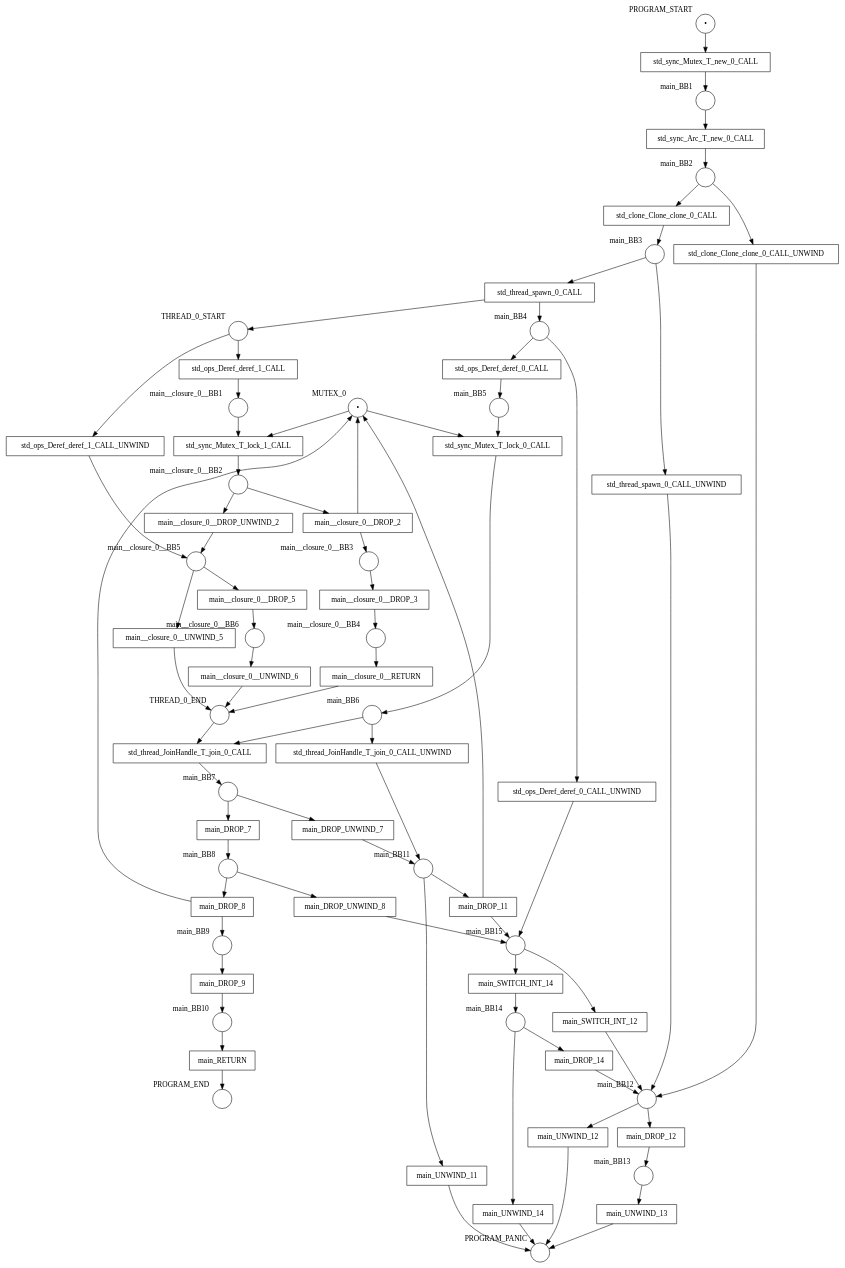
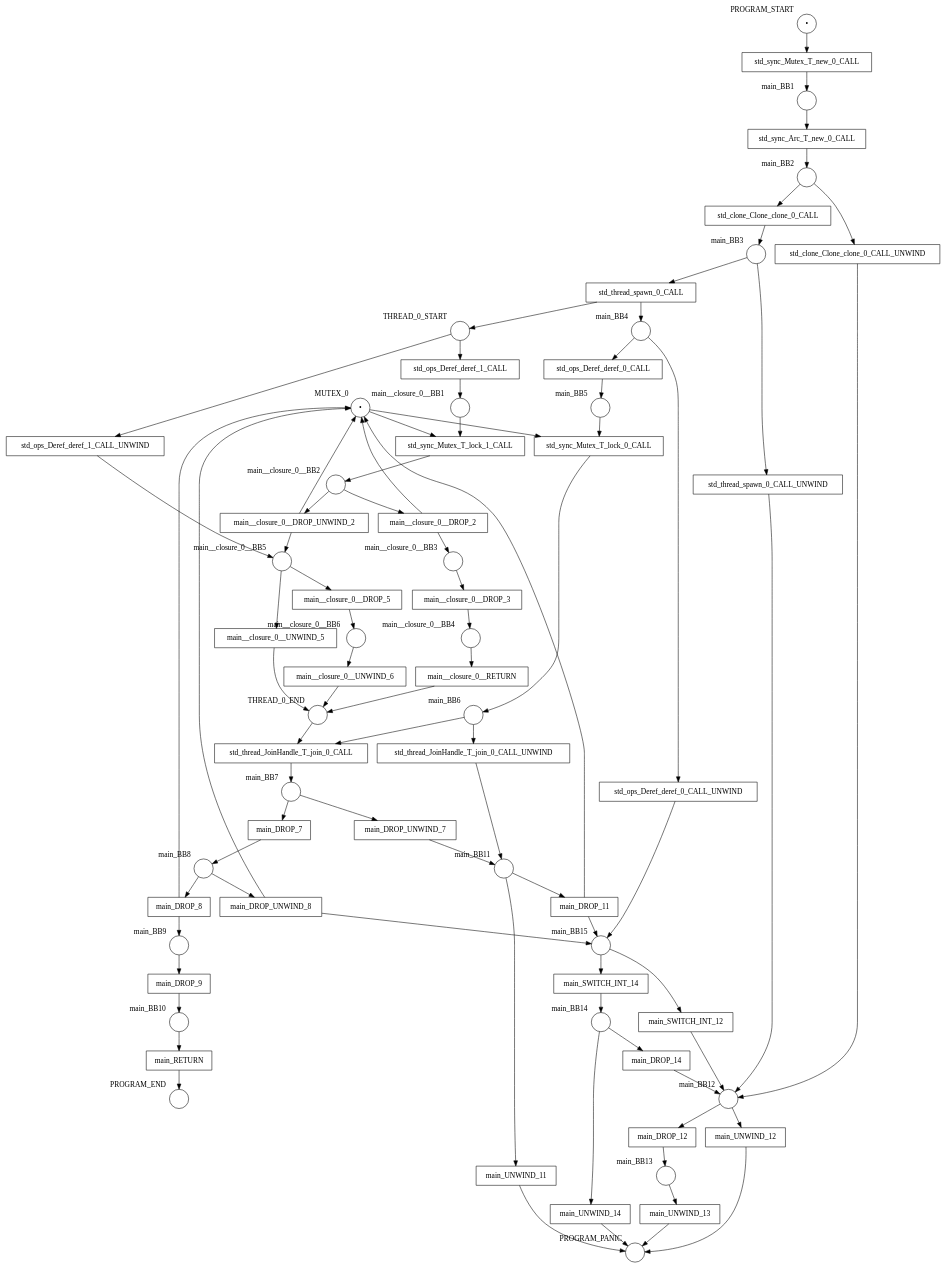
One commit to hlisdero/cargo-check-deadlock changed the diagram in examples/results/mutex/two_threads_sharing_mutex/net.dot. Above: the diagram before and after it, drawn with Graphviz. The commit also changed 28 other files, not shown here.

First line of the commit message:
Handle the lock guard in the unwind transition of a drop terminator.

```diff
--- a/examples/results/mutex/two_threads_sharing_mutex/net.dot
+++ b/examples/results/mutex/two_threads_sharing_mutex/net.dot
@@ -1,144 +1,146 @@
 digraph petrinet {
     MUTEX_0 [shape="circle" xlabel="MUTEX_0" label="•"];
     PROGRAM_END [shape="circle" xlabel="PROGRAM_END" label=""];
     PROGRAM_PANIC [shape="circle" xlabel="PROGRAM_PANIC" label=""];
     PROGRAM_START [shape="circle" xlabel="PROGRAM_START" label="•"];
     THREAD_0_END [shape="circle" xlabel="THREAD_0_END" label=""];
     THREAD_0_START [shape="circle" xlabel="THREAD_0_START" label=""];
     main_BB1 [shape="circle" xlabel="main_BB1" label=""];
     main_BB10 [shape="circle" xlabel="main_BB10" label=""];
     main_BB11 [shape="circle" xlabel="main_BB11" label=""];
     main_BB12 [shape="circle" xlabel="main_BB12" label=""];
     main_BB13 [shape="circle" xlabel="main_BB13" label=""];
     main_BB14 [shape="circle" xlabel="main_BB14" label=""];
     main_BB15 [shape="circle" xlabel="main_BB15" label=""];
     main_BB2 [shape="circle" xlabel="main_BB2" label=""];
     main_BB3 [shape="circle" xlabel="main_BB3" label=""];
     main_BB4 [shape="circle" xlabel="main_BB4" label=""];
     main_BB5 [shape="circle" xlabel="main_BB5" label=""];
     main_BB6 [shape="circle" xlabel="main_BB6" label=""];
     main_BB7 [shape="circle" xlabel="main_BB7" label=""];
     main_BB8 [shape="circle" xlabel="main_BB8" label=""];
     main_BB9 [shape="circle" xlabel="main_BB9" label=""];
     main__closure_0__BB1 [shape="circle" xlabel="main__closure_0__BB1" label=""];
     main__closure_0__BB2 [shape="circle" xlabel="main__closure_0__BB2" label=""];
     main__closure_0__BB3 [shape="circle" xlabel="main__closure_0__BB3" label=""];
     main__closure_0__BB4 [shape="circle" xlabel="main__closure_0__BB4" label=""];
     main__closure_0__BB5 [shape="circle" xlabel="main__closure_0__BB5" label=""];
     main__closure_0__BB6 [shape="circle" xlabel="main__closure_0__BB6" label=""];
     main_DROP_11 [shape="box" xlabel="" label="main_DROP_11"];
     main_DROP_12 [shape="box" xlabel="" label="main_DROP_12"];
     main_DROP_14 [shape="box" xlabel="" label="main_DROP_14"];
     main_DROP_7 [shape="box" xlabel="" label="main_DROP_7"];
     main_DROP_8 [shape="box" xlabel="" label="main_DROP_8"];
     main_DROP_9 [shape="box" xlabel="" label="main_DROP_9"];
     main_DROP_UNWIND_7 [shape="box" xlabel="" label="main_DROP_UNWIND_7"];
     main_DROP_UNWIND_8 [shape="box" xlabel="" label="main_DROP_UNWIND_8"];
     main_RETURN [shape="box" xlabel="" label="main_RETURN"];
     main_SWITCH_INT_12 [shape="box" xlabel="" label="main_SWITCH_INT_12"];
     main_SWITCH_INT_14 [shape="box" xlabel="" label="main_SWITCH_INT_14"];
     main_UNWIND_11 [shape="box" xlabel="" label="main_UNWIND_11"];
     main_UNWIND_12 [shape="box" xlabel="" label="main_UNWIND_12"];
     main_UNWIND_13 [shape="box" xlabel="" label="main_UNWIND_13"];
     main_UNWIND_14 [shape="box" xlabel="" label="main_UNWIND_14"];
     main__closure_0__DROP_2 [shape="box" xlabel="" label="main__closure_0__DROP_2"];
     main__closure_0__DROP_3 [shape="box" xlabel="" label="main__closure_0__DROP_3"];
     main__closure_0__DROP_5 [shape="box" xlabel="" label="main__closure_0__DROP_5"];
     main__closure_0__DROP_UNWIND_2 [shape="box" xlabel="" label="main__closure_0__DROP_UNWIND_2"];
     main__closure_0__RETURN [shape="box" xlabel="" label="main__closure_0__RETURN"];
     main__closure_0__UNWIND_5 [shape="box" xlabel="" label="main__closure_0__UNWIND_5"];
     main__closure_0__UNWIND_6 [shape="box" xlabel="" label="main__closure_0__UNWIND_6"];
     std_clone_Clone_clone_0_CALL [shape="box" xlabel="" label="std_clone_Clone_clone_0_CALL"];
     std_clone_Clone_clone_0_CALL_UNWIND [shape="box" xlabel="" label="std_clone_Clone_clone_0_CALL_UNWIND"];
     std_ops_Deref_deref_0_CALL [shape="box" xlabel="" label="std_ops_Deref_deref_0_CALL"];
     std_ops_Deref_deref_0_CALL_UNWIND [shape="box" xlabel="" label="std_ops_Deref_deref_0_CALL_UNWIND"];
     std_ops_Deref_deref_1_CALL [shape="box" xlabel="" label="std_ops_Deref_deref_1_CALL"];
     std_ops_Deref_deref_1_CALL_UNWIND [shape="box" xlabel="" label="std_ops_Deref_deref_1_CALL_UNWIND"];
     std_sync_Arc_T_new_0_CALL [shape="box" xlabel="" label="std_sync_Arc_T_new_0_CALL"];
     std_sync_Mutex_T_lock_0_CALL [shape="box" xlabel="" label="std_sync_Mutex_T_lock_0_CALL"];
     std_sync_Mutex_T_lock_1_CALL [shape="box" xlabel="" label="std_sync_Mutex_T_lock_1_CALL"];
     std_sync_Mutex_T_new_0_CALL [shape="box" xlabel="" label="std_sync_Mutex_T_new_0_CALL"];
     std_thread_JoinHandle_T_join_0_CALL [shape="box" xlabel="" label="std_thread_JoinHandle_T_join_0_CALL"];
     std_thread_JoinHandle_T_join_0_CALL_UNWIND [shape="box" xlabel="" label="std_thread_JoinHandle_T_join_0_CALL_UNWIND"];
     std_thread_spawn_0_CALL [shape="box" xlabel="" label="std_thread_spawn_0_CALL"];
     std_thread_spawn_0_CALL_UNWIND [shape="box" xlabel="" label="std_thread_spawn_0_CALL_UNWIND"];
     MUTEX_0 -> std_sync_Mutex_T_lock_0_CALL;
     MUTEX_0 -> std_sync_Mutex_T_lock_1_CALL;
     PROGRAM_START -> std_sync_Mutex_T_new_0_CALL;
     THREAD_0_END -> std_thread_JoinHandle_T_join_0_CALL;
     THREAD_0_START -> std_ops_Deref_deref_1_CALL;
     THREAD_0_START -> std_ops_Deref_deref_1_CALL_UNWIND;
     main_BB1 -> std_sync_Arc_T_new_0_CALL;
     main_BB10 -> main_RETURN;
     main_BB11 -> main_DROP_11;
     main_BB11 -> main_UNWIND_11;
     main_BB12 -> main_DROP_12;
     main_BB12 -> main_UNWIND_12;
     main_BB13 -> main_UNWIND_13;
     main_BB14 -> main_DROP_14;
     main_BB14 -> main_UNWIND_14;
     main_BB15 -> main_SWITCH_INT_12;
     main_BB15 -> main_SWITCH_INT_14;
     main_BB2 -> std_clone_Clone_clone_0_CALL;
     main_BB2 -> std_clone_Clone_clone_0_CALL_UNWIND;
     main_BB3 -> std_thread_spawn_0_CALL;
     main_BB3 -> std_thread_spawn_0_CALL_UNWIND;
     main_BB4 -> std_ops_Deref_deref_0_CALL;
     main_BB4 -> std_ops_Deref_deref_0_CALL_UNWIND;
     main_BB5 -> std_sync_Mutex_T_lock_0_CALL;
     main_BB6 -> std_thread_JoinHandle_T_join_0_CALL;
     main_BB6 -> std_thread_JoinHandle_T_join_0_CALL_UNWIND;
     main_BB7 -> main_DROP_7;
     main_BB7 -> main_DROP_UNWIND_7;
     main_BB8 -> main_DROP_8;
     main_BB8 -> main_DROP_UNWIND_8;
     main_BB9 -> main_DROP_9;
     main__closure_0__BB1 -> std_sync_Mutex_T_lock_1_CALL;
     main__closure_0__BB2 -> main__closure_0__DROP_2;
     main__closure_0__BB2 -> main__closure_0__DROP_UNWIND_2;
     main__closure_0__BB3 -> main__closure_0__DROP_3;
     main__closure_0__BB4 -> main__closure_0__RETURN;
     main__closure_0__BB5 -> main__closure_0__DROP_5;
     main__closure_0__BB5 -> main__closure_0__UNWIND_5;
     main__closure_0__BB6 -> main__closure_0__UNWIND_6;
     main_DROP_11 -> MUTEX_0;
     main_DROP_11 -> main_BB15;
     main_DROP_12 -> main_BB13;
     main_DROP_14 -> main_BB12;
     main_DROP_7 -> main_BB8;
     main_DROP_8 -> MUTEX_0;
     main_DROP_8 -> main_BB9;
     main_DROP_9 -> main_BB10;
     main_DROP_UNWIND_7 -> main_BB11;
+    main_DROP_UNWIND_8 -> MUTEX_0;
     main_DROP_UNWIND_8 -> main_BB15;
     main_RETURN -> PROGRAM_END;
     main_SWITCH_INT_12 -> main_BB12;
     main_SWITCH_INT_14 -> main_BB14;
     main_UNWIND_11 -> PROGRAM_PANIC;
     main_UNWIND_12 -> PROGRAM_PANIC;
     main_UNWIND_13 -> PROGRAM_PANIC;
     main_UNWIND_14 -> PROGRAM_PANIC;
     main__closure_0__DROP_2 -> MUTEX_0;
     main__closure_0__DROP_2 -> main__closure_0__BB3;
     main__closure_0__DROP_3 -> main__closure_0__BB4;
     main__closure_0__DROP_5 -> main__closure_0__BB6;
+    main__closure_0__DROP_UNWIND_2 -> MUTEX_0;
     main__closure_0__DROP_UNWIND_2 -> main__closure_0__BB5;
     main__closure_0__RETURN -> THREAD_0_END;
     main__closure_0__UNWIND_5 -> THREAD_0_END;
     main__closure_0__UNWIND_6 -> THREAD_0_END;
     std_clone_Clone_clone_0_CALL -> main_BB3;
     std_clone_Clone_clone_0_CALL_UNWIND -> main_BB12;
     std_ops_Deref_deref_0_CALL -> main_BB5;
     std_ops_Deref_deref_0_CALL_UNWIND -> main_BB15;
     std_ops_Deref_deref_1_CALL -> main__closure_0__BB1;
     std_ops_Deref_deref_1_CALL_UNWIND -> main__closure_0__BB5;
     std_sync_Arc_T_new_0_CALL -> main_BB2;
     std_sync_Mutex_T_lock_0_CALL -> main_BB6;
     std_sync_Mutex_T_lock_1_CALL -> main__closure_0__BB2;
     std_sync_Mutex_T_new_0_CALL -> main_BB1;
     std_thread_JoinHandle_T_join_0_CALL -> main_BB7;
     std_thread_JoinHandle_T_join_0_CALL_UNWIND -> main_BB11;
     std_thread_spawn_0_CALL -> THREAD_0_START;
     std_thread_spawn_0_CALL -> main_BB4;
     std_thread_spawn_0_CALL_UNWIND -> main_BB12;
 }
```
